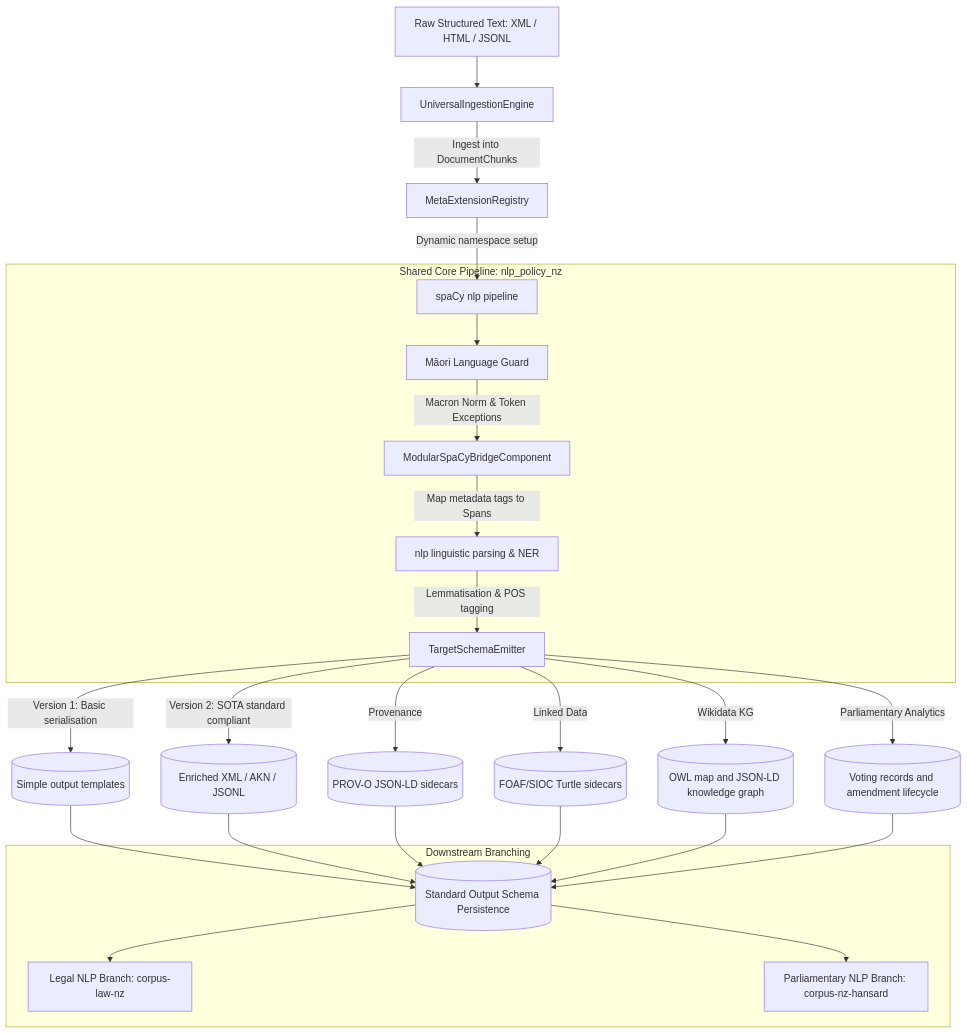
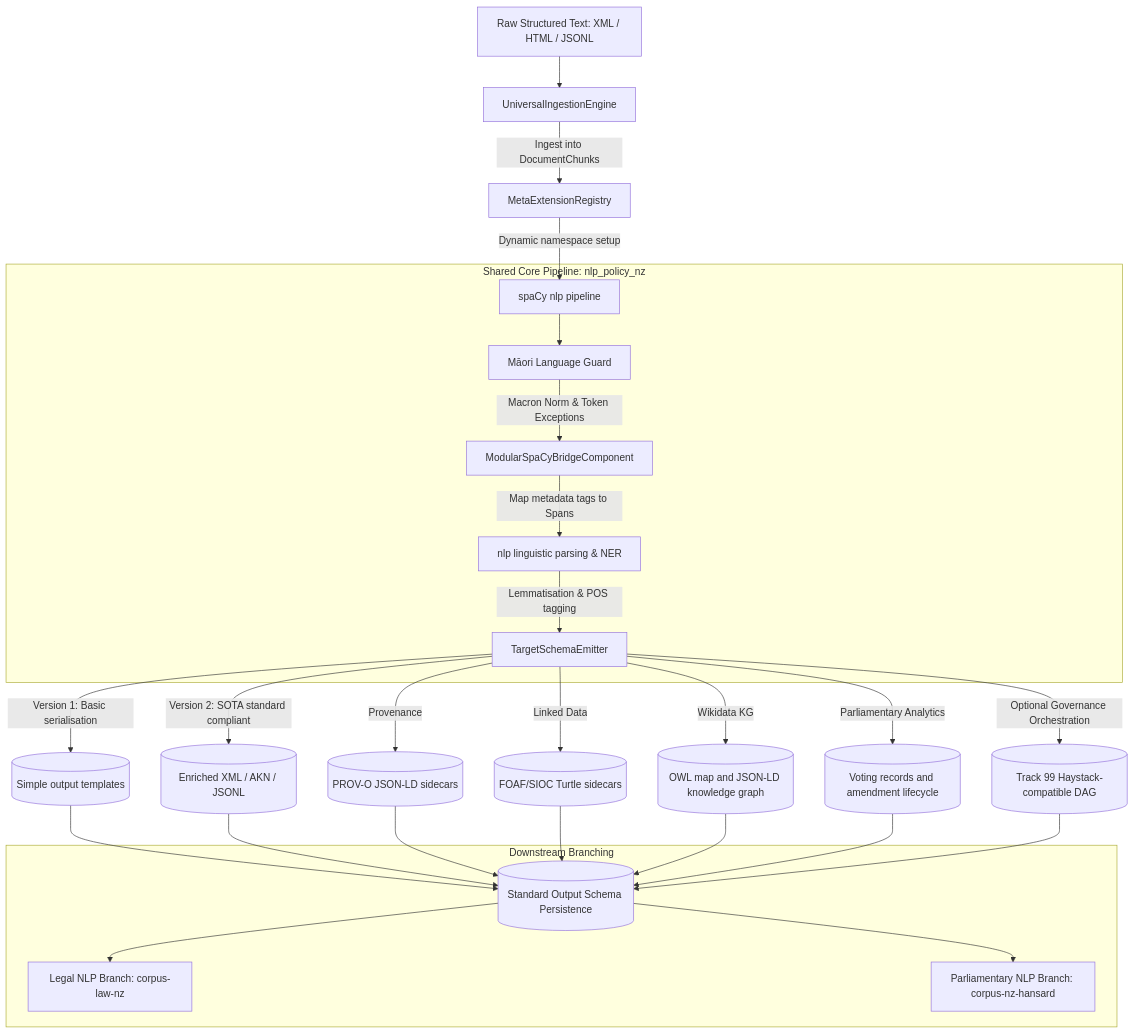
One commit to edithatogo/nlp-policy-nz changed the diagram in conductor/design.md. Above: the diagram before and after it, drawn with Mermaid. The commit also changed other lines of this file and 3 other files, not shown here.

````diff
--- a/conductor/design.md
+++ b/conductor/design.md
@@ -9,27 +9,28 @@
 ```mermaid
 graph TD
     A[Raw Structured Text: XML / HTML / JSONL] --> B[UniversalIngestionEngine]
     B -->|Ingest into DocumentChunks| C[MetaExtensionRegistry]
     C -->|Dynamic namespace setup| D[spaCy nlp pipeline]
     
     subgraph Shared Core Pipeline: nlp_policy_nz
         D --> E[Māori Language Guard]
         E -->|Macron Norm & Token Exceptions| F[ModularSpaCyBridgeComponent]
         F -->|Map metadata tags to Spans| G[nlp linguistic parsing & NER]
         G -->|Lemmatisation & POS tagging| H[TargetSchemaEmitter]
     end
     
     H -->|Version 1: Basic serialisation| I[(Simple output templates)]
     H -->|Version 2: SOTA standard compliant| J[(Enriched XML / AKN / JSONL)]
     H -->|Provenance| P[(PROV-O JSON-LD sidecars)]
     H -->|Linked Data| R[(FOAF/SIOC Turtle sidecars)]
     H -->|Wikidata KG| W[(OWL map and JSON-LD knowledge graph)]
     H -->|Parliamentary Analytics| V[(Voting records and amendment lifecycle)]
+    H -->|Optional Governance Orchestration| O[(Track 99 Haystack-compatible DAG)]
     
-    I & J & P & R & W & V --> K[(Standard Output Schema Persistence)]
+    I & J & P & R & W & V & O --> K[(Standard Output Schema Persistence)]
     
     subgraph Downstream Branching
         K --> L[Legal NLP Branch: corpus-law-nz]
         K --> M[Parliamentary NLP Branch: corpus-nz-hansard]
     end
 ```
````
